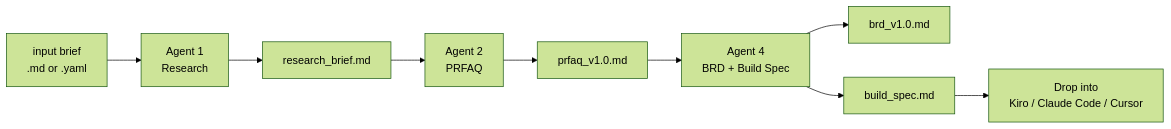
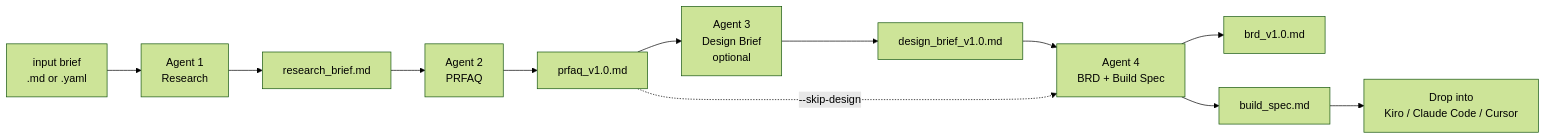
One commit to joegarvey-ai/pm-working-backwards-agent changed the diagram in README.md. Above: the diagram before and after it, drawn with Mermaid (forest theme). The commit also changed other lines of this file and 2 other files, not shown here.

Commit message:
docs: update README, GLOSSARY, SETUP for four-agent framing with Agent 3

````diff
--- a/README.md
+++ b/README.md
@@ -9,11 +9,14 @@
 ```mermaid
 flowchart LR
     A[input brief<br/>.md or .yaml] --> B[Agent 1<br/>Research]
     B --> C[research_brief.md]
     C --> D[Agent 2<br/>PRFAQ]
     D --> E[prfaq_v1.0.md]
-    E --> F[Agent 4<br/>BRD + Build Spec]
+    E --> K[Agent 3<br/>Design Brief<br/>optional]
+    K --> L[design_brief_v1.0.md]
+    L --> F[Agent 4<br/>BRD + Build Spec]
+    E -. "--skip-design" .-> F
     F --> G[brd_v1.0.md]
     F --> I[build_spec.md]
     I --> J[Drop into<br/>Kiro / Claude Code / Cursor]
 ```
````
